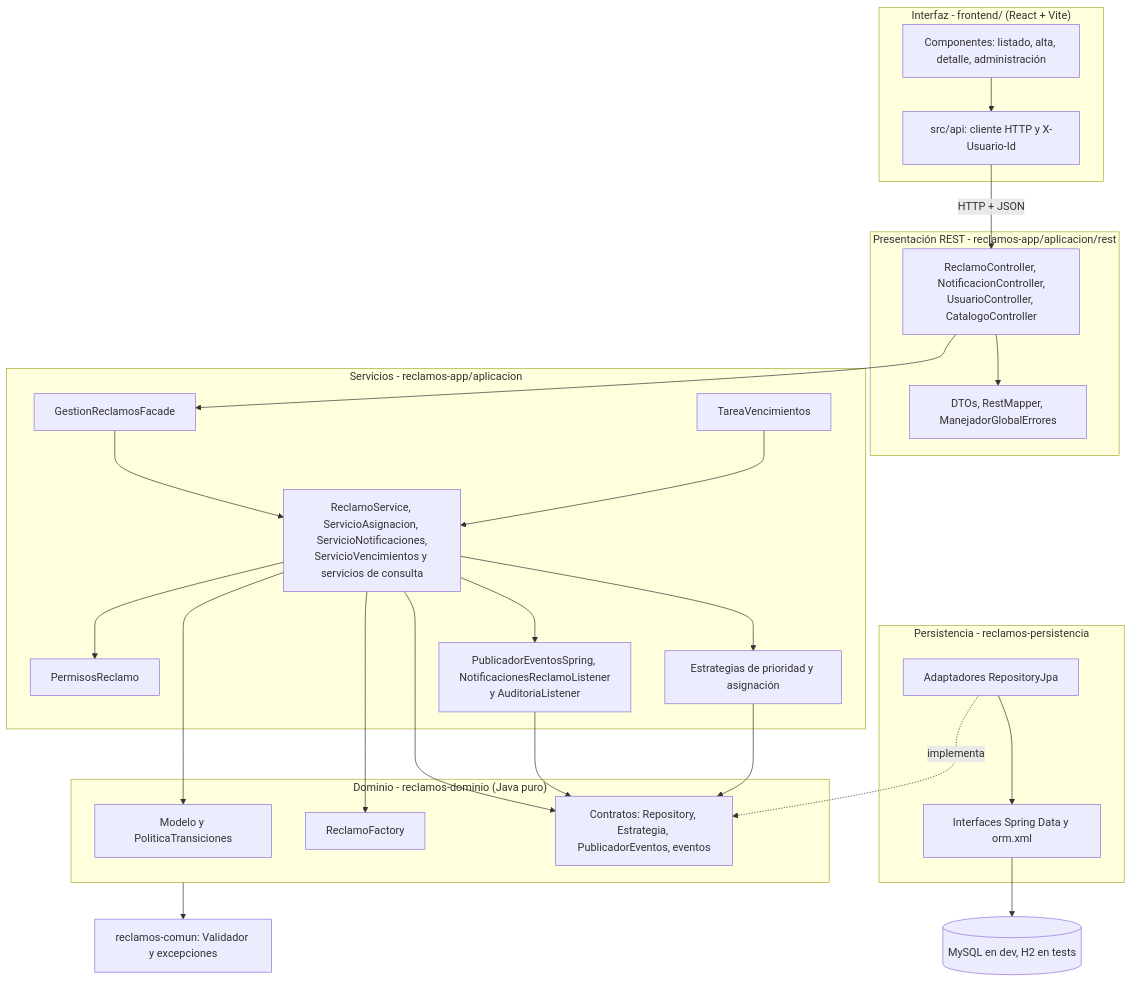
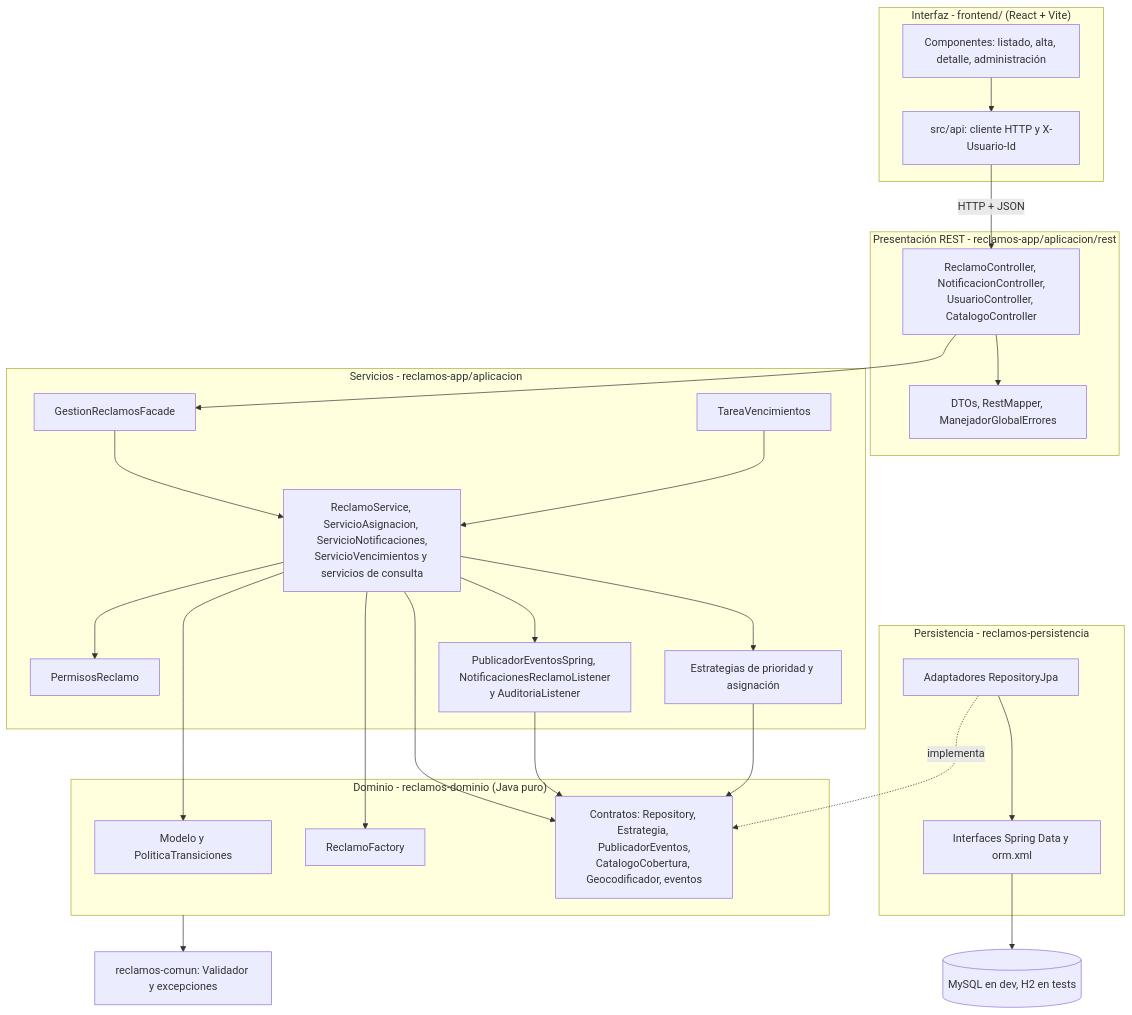
The first of 2 diagrams in docs/arquitectura.md (SanTegli/DesarrolloAppsIIGrupo10), drawn with Mermaid before and after one commit. The commit also changed other lines of this file and 70 other files, not shown here.

````diff
--- a/docs/arquitectura.md
+++ b/docs/arquitectura.md
@@ -8,49 +9,49 @@
 ```mermaid
 flowchart TB
   subgraph UI["Interfaz - frontend/ (React + Vite)"]
     COMP["Componentes: listado, alta, detalle, administración"]
     API["src/api: cliente HTTP y X-Usuario-Id"]
   end
   subgraph REST["Presentación REST - reclamos-app/aplicacion/rest"]
     CTRL["ReclamoController, NotificacionController,<br/>UsuarioController, CatalogoController"]
     DTO["DTOs, RestMapper, ManejadorGlobalErrores"]
   end
   subgraph APP["Servicios - reclamos-app/aplicacion"]
     FAC["GestionReclamosFacade"]
     SRV["ReclamoService, ServicioAsignacion, ServicioNotificaciones,<br/>ServicioVencimientos y servicios de consulta"]
     PERM["PermisosReclamo"]
     EST["Estrategias de prioridad y asignación"]
     OBS["PublicadorEventosSpring, NotificacionesReclamoListener<br/>y AuditoriaListener"]
     TAR["TareaVencimientos"]
   end
   subgraph DOM["Dominio - reclamos-dominio (Java puro)"]
     MOD["Modelo y PoliticaTransiciones"]
     FAB["ReclamoFactory"]
-    CON["Contratos: Repository, Estrategia, PublicadorEventos, eventos"]
+    CON["Contratos: Repository, Estrategia, PublicadorEventos,<br/>CatalogoCobertura, Geocodificador, eventos"]
   end
   subgraph PERS["Persistencia - reclamos-persistencia"]
     ADP["Adaptadores RepositoryJpa"]
     SDJ["Interfaces Spring Data y orm.xml"]
   end
   DB[("MySQL en dev, H2 en tests")]
   UTIL["reclamos-comun: Validador y excepciones"]
 
   COMP --> API
   API -->|"HTTP + JSON"| CTRL
   CTRL --> FAC
   CTRL --> DTO
   FAC --> SRV
   SRV --> PERM
   SRV --> EST
   SRV --> FAB
   SRV --> MOD
   SRV --> CON
   SRV --> OBS
   TAR --> SRV
   OBS --> CON
   EST --> CON
   ADP -.->|implementa| CON
   ADP --> SDJ
   SDJ --> DB
   DOM --> UTIL
 ```
````
